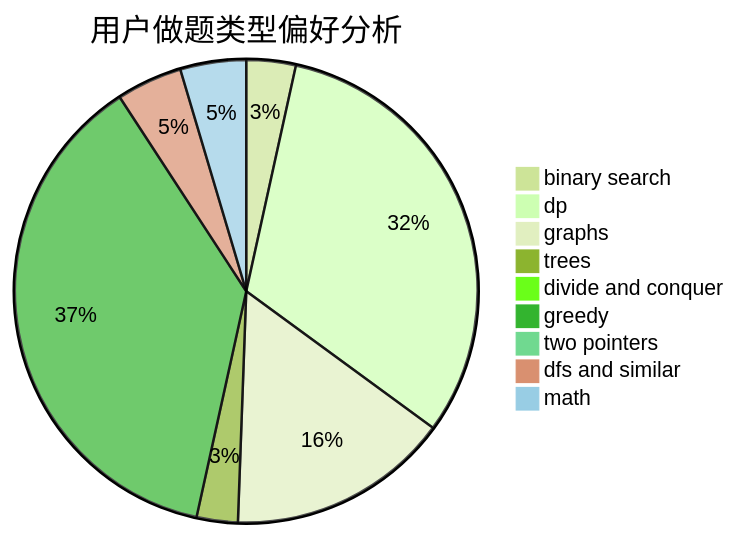
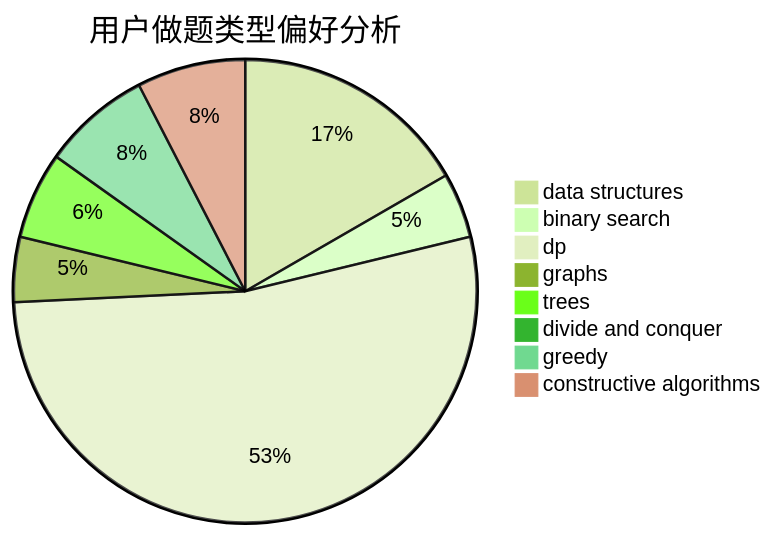
Before and after one commit to sherpahu/cfrs.github.io: the second of 3 diagrams in docs/user/u1100.md, drawn with Mermaid (forest theme). The commit also changed other lines of this file and 2775 other files, not shown here.

````diff
--- a/docs/user/u1100.md
+++ b/docs/user/u1100.md
@@ -23,12 +23,11 @@
 ```mermaid
 pie title 用户做题类型偏好分析
-    "binary search" :  6
-    "dp" :  55
-    "graphs" :  27
-    "trees" :  5
+    "data structures" :  11
+    "binary search" :  3
+    "dp" :  35
+    "graphs" :  3
+    "trees" :  4
     "divide and conquer" :  0
-    "greedy" :  65
-    "two pointers" :  0
-    "dfs and similar" :  8
-    "math" :  8
+    "greedy" :  5
+    "constructive algorithms" :  5
 ```
````
